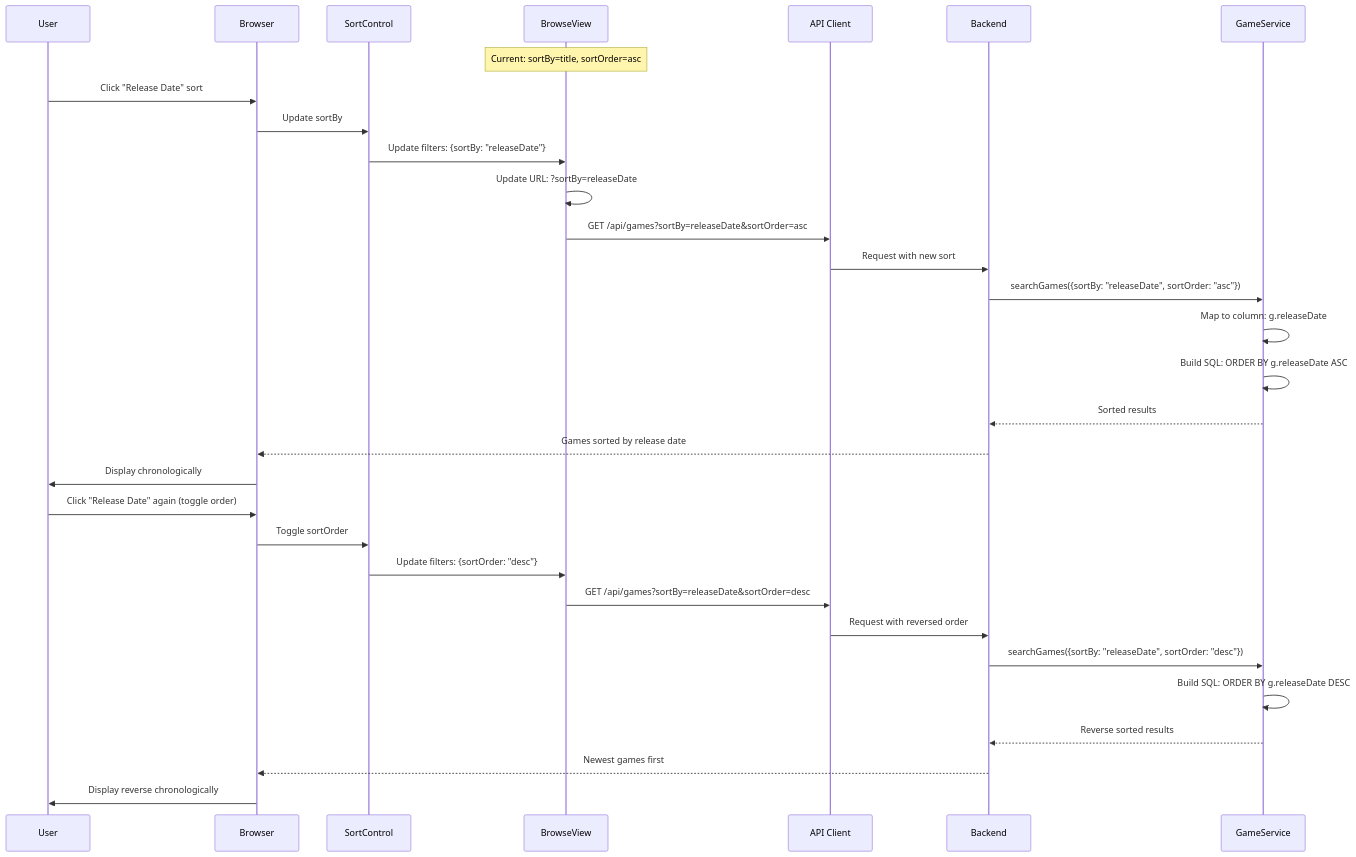
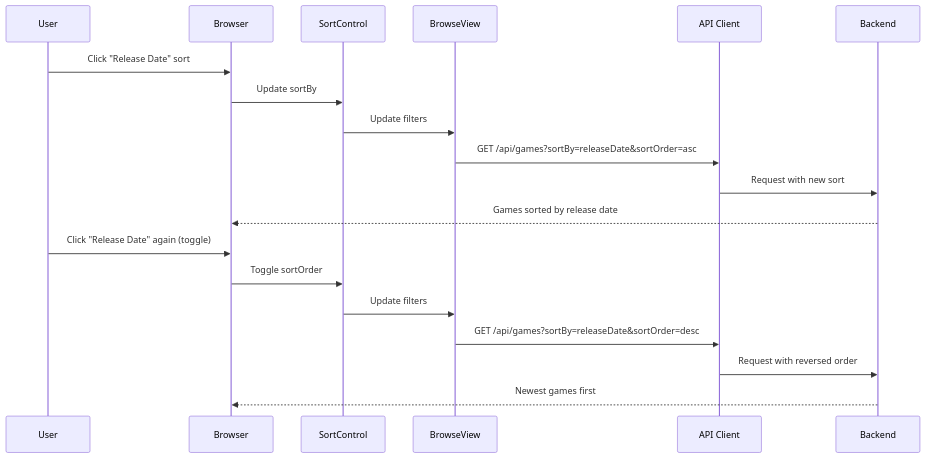
Before and after one commit to darkraise/flashpoint-web: the eighth of 9 diagrams in docs/02-architecture/data-flow-diagrams.md, drawn with Mermaid. The commit also changed other lines of this file and 98 other files, not shown here.

````diff
--- a/docs/02-architecture/data-flow-diagrams.md
+++ b/docs/02-architecture/data-flow-diagrams.md
@@ -626,36 +313,23 @@
 ```mermaid
 sequenceDiagram
     participant User
     participant Browser
     participant SortControl
     participant BrowseView
     participant API Client
     participant Backend
-    participant GameService
-
-    Note over BrowseView: Current: sortBy=title, sortOrder=asc
 
     User->>Browser: Click "Release Date" sort
     Browser->>SortControl: Update sortBy
-    SortControl->>BrowseView: Update filters: {sortBy: "releaseDate"}
-    BrowseView->>BrowseView: Update URL: ?sortBy=releaseDate
+    SortControl->>BrowseView: Update filters
     BrowseView->>API Client: GET /api/games?sortBy=releaseDate&sortOrder=asc
     API Client->>Backend: Request with new sort
-    Backend->>GameService: searchGames({sortBy: "releaseDate", sortOrder: "asc"})
-    GameService->>GameService: Map to column: g.releaseDate
-    GameService->>GameService: Build SQL: ORDER BY g.releaseDate ASC
-    GameService-->>Backend: Sorted results
     Backend-->>Browser: Games sorted by release date
-    Browser->>User: Display chronologically
 
-    User->>Browser: Click "Release Date" again (toggle order)
+    User->>Browser: Click "Release Date" again (toggle)
     Browser->>SortControl: Toggle sortOrder
-    SortControl->>BrowseView: Update filters: {sortOrder: "desc"}
+    SortControl->>BrowseView: Update filters
     BrowseView->>API Client: GET /api/games?sortBy=releaseDate&sortOrder=desc
     API Client->>Backend: Request with reversed order
-    Backend->>GameService: searchGames({sortBy: "releaseDate", sortOrder: "desc"})
-    GameService->>GameService: Build SQL: ORDER BY g.releaseDate DESC
-    GameService-->>Backend: Reverse sorted results
     Backend-->>Browser: Newest games first
-    Browser->>User: Display reverse chronologically
 ```
````
